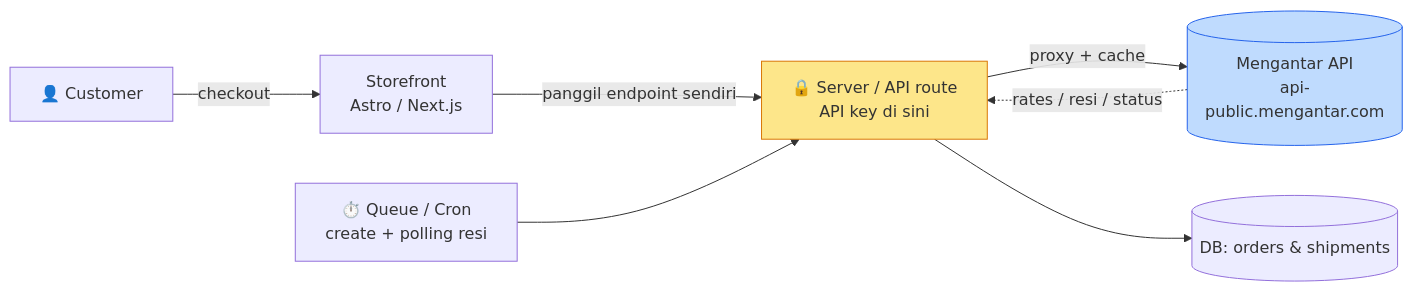
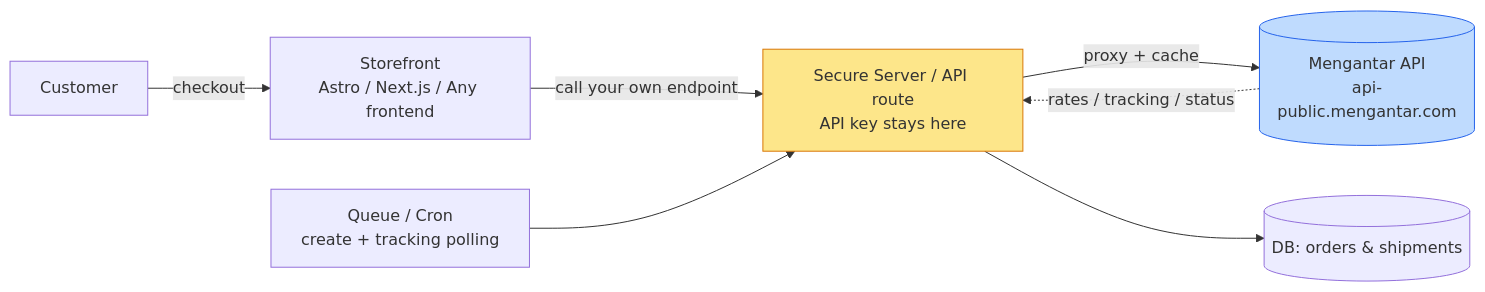
One commit to ongkipro/mengantar-documentation changed the first of 2 diagrams in README.md. Above: the diagram before and after it, drawn with Mermaid. The commit also changed other lines of this file, not shown here.

Commit message:
Update public README API access note

````diff
--- a/README.md
+++ b/README.md
@@ -34,12 +34,12 @@
 ```mermaid
 flowchart LR
-    U[👤 Customer] -->|checkout| FE[Storefront\nAstro / Next.js]
-    FE -->|panggil endpoint sendiri| SRV[🔒 Server / API route\nAPI key di sini]
+    U[Customer] -->|checkout| FE[Storefront\nAstro / Next.js / Any frontend]
+    FE -->|call your own endpoint| SRV[Secure Server / API route\nAPI key stays here]
     SRV -->|proxy + cache| MGT[(Mengantar API\napi-public.mengantar.com)]
     SRV --> DB[(DB: orders & shipments)]
-    JOB[⏱️ Queue / Cron\ncreate + polling resi] --> SRV
+    JOB[Queue / Cron\ncreate + tracking polling] --> SRV
 
-    MGT -.->|rates / resi / status| SRV
+    MGT -.->|rates / tracking / status| SRV
     style SRV fill:#fde68a,stroke:#d97706
     style MGT fill:#bfdbfe,stroke:#2563eb
 ```
````
